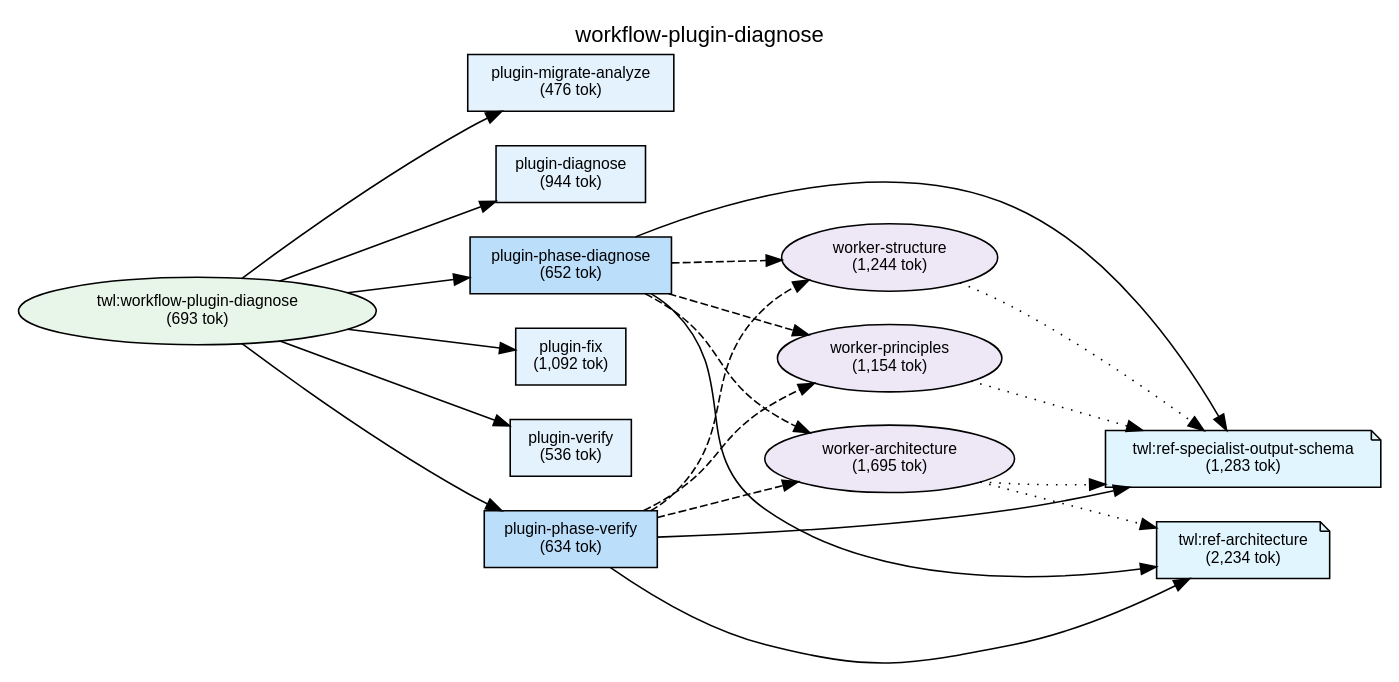
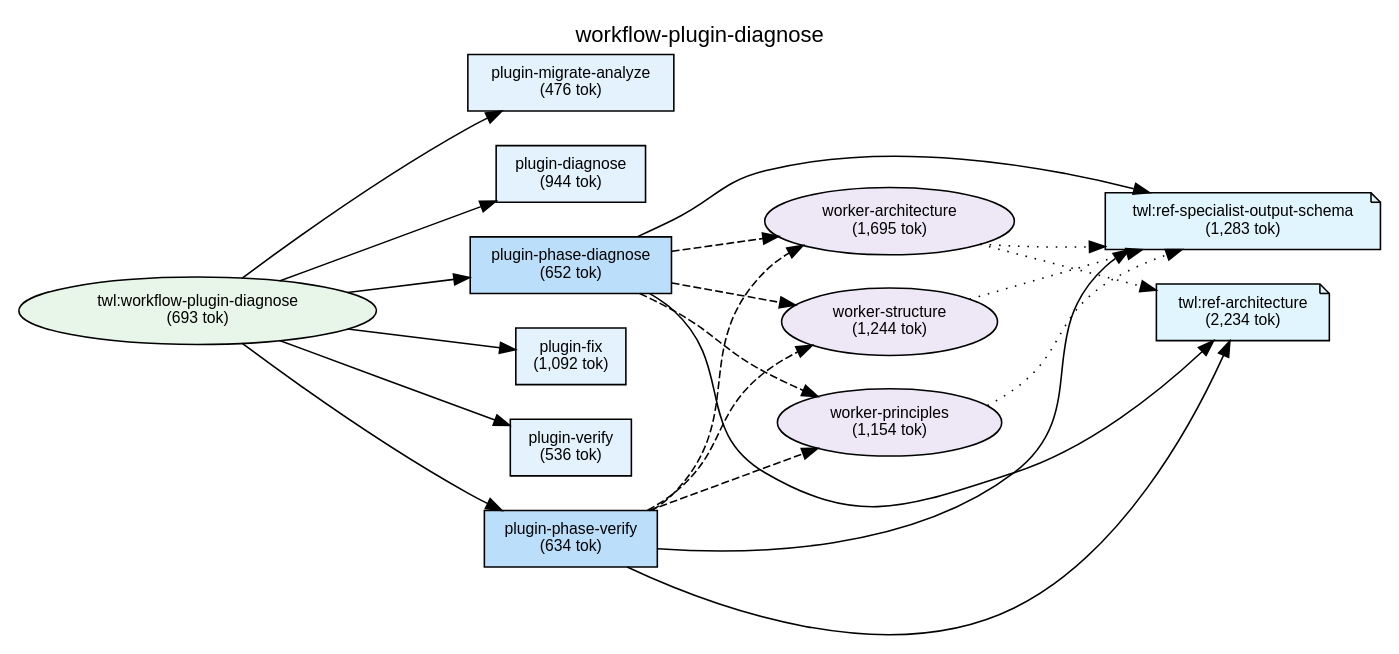
One commit to shuu5/twill changed the diagram in plugins/twl/docs/deps-workflow-plugin-diagnose.dot. Above: the diagram before and after it, drawn with Graphviz. The commit also changed 40 other files, not shown here.

```diff
--- a/plugins/twl/docs/deps-workflow-plugin-diagnose.dot
+++ b/plugins/twl/docs/deps-workflow-plugin-diagnose.dot
@@ -1,88 +1,91 @@
 digraph Dependencies {
     // Graph settings
     rankdir=LR;
     ranksep=0.8;
     nodesep=0.3;
     fontname="Helvetica";
     node [fontname="Helvetica", fontsize=10];
     edge [fontname="Helvetica", fontsize=9];
     label="workflow-plugin-diagnose";
     labelloc=t;
     fontsize=14;
 
     // L0: Controller Skills
 
     // L0: Launchers
 
     // L0.5: Workflow Skills
     skill_workflow_plugin_diagnose [label="twl:workflow-plugin-diagnose\n(693 tok)", shape=ellipse, style=filled, fillcolor="#e8f5e9"];
 
     // Reference Skills
     skill_ref_specialist_output_schema [label="twl:ref-specialist-output-schema\n(1,283 tok)", shape=note, style=filled, fillcolor="#e1f5fe"];
     skill_ref_architecture [label="twl:ref-architecture\n(2,234 tok)", shape=note, style=filled, fillcolor="#e1f5fe"];
 
     // L1: Direct Commands
     cmd_plugin_migrate_analyze [label="plugin-migrate-analyze\n(476 tok)", shape=box, style=filled, fillcolor="#e3f2fd"];
     cmd_plugin_diagnose [label="plugin-diagnose\n(944 tok)", shape=box, style=filled, fillcolor="#e3f2fd"];
     cmd_plugin_fix [label="plugin-fix\n(1,092 tok)", shape=box, style=filled, fillcolor="#e3f2fd"];
     cmd_plugin_verify [label="plugin-verify\n(536 tok)", shape=box, style=filled, fillcolor="#e3f2fd"];
     cmd_plugin_phase_diagnose [label="plugin-phase-diagnose\n(652 tok)", shape=box, style=filled, fillcolor="#bbdefb"];
     cmd_plugin_phase_verify [label="plugin-phase-verify\n(634 tok)", shape=box, style=filled, fillcolor="#bbdefb"];
 
     // L2: Sub Commands
 
     // L3: Agents
     agent_worker_structure [label="worker-structure\n(1,244 tok)", shape=ellipse, style=filled, fillcolor="#ede7f6"];
     agent_worker_principles [label="worker-principles\n(1,154 tok)", shape=ellipse, style=filled, fillcolor="#ede7f6"];
     agent_worker_architecture [label="worker-architecture\n(1,695 tok)", shape=ellipse, style=filled, fillcolor="#ede7f6"];
 
     // L3.5: Scripts
 
     // L4: External
 
     // Layer constraints
     { rank=same; skill_workflow_plugin_diagnose; }
     { rank=same; skill_ref_specialist_output_schema; skill_ref_architecture; }
     { rank=same; cmd_plugin_migrate_analyze; cmd_plugin_diagnose; cmd_plugin_fix; cmd_plugin_verify; cmd_plugin_phase_diagnose; cmd_plugin_phase_verify; }
     { rank=same; agent_worker_structure; agent_worker_principles; agent_worker_architecture; }
 
     // Edges
     skill_workflow_plugin_diagnose -> cmd_plugin_migrate_analyze;
     skill_workflow_plugin_diagnose -> cmd_plugin_diagnose;
     skill_workflow_plugin_diagnose -> cmd_plugin_phase_diagnose;
     skill_workflow_plugin_diagnose -> cmd_plugin_fix;
     skill_workflow_plugin_diagnose -> cmd_plugin_verify;
     skill_workflow_plugin_diagnose -> cmd_plugin_phase_verify;
     cmd_plugin_phase_diagnose -> agent_worker_structure [style=dashed];
     cmd_plugin_phase_diagnose -> agent_worker_principles [style=dashed];
     cmd_plugin_phase_diagnose -> agent_worker_architecture [style=dashed];
     cmd_plugin_phase_diagnose -> skill_ref_specialist_output_schema;
     cmd_plugin_phase_diagnose -> skill_ref_architecture;
     cmd_plugin_phase_verify -> agent_worker_structure [style=dashed];
     cmd_plugin_phase_verify -> agent_worker_principles [style=dashed];
     cmd_plugin_phase_verify -> agent_worker_architecture [style=dashed];
     cmd_plugin_phase_verify -> skill_ref_specialist_output_schema;
     cmd_plugin_phase_verify -> skill_ref_architecture;
     agent_worker_structure -> skill_ref_specialist_output_schema [style=dotted];
     agent_worker_principles -> skill_ref_specialist_output_schema [style=dotted];
     agent_worker_architecture -> skill_ref_specialist_output_schema [style=dotted];
     agent_worker_architecture -> skill_ref_architecture [style=dotted];
 
     // Ordering constraints (invisible edges)
     cmd_plugin_migrate_analyze -> cmd_plugin_diagnose [style=invis, weight=10];
     cmd_plugin_diagnose -> cmd_plugin_phase_diagnose [style=invis, weight=10];
     cmd_plugin_phase_diagnose -> cmd_plugin_fix [style=invis, weight=10];
     cmd_plugin_fix -> cmd_plugin_verify [style=invis, weight=10];
     cmd_plugin_verify -> cmd_plugin_phase_verify [style=invis, weight=10];
     agent_worker_structure -> agent_worker_principles [style=invis, weight=10];
     agent_worker_principles -> agent_worker_architecture [style=invis, weight=10];
     agent_worker_architecture -> skill_ref_specialist_output_schema [style=invis, weight=10];
     skill_ref_specialist_output_schema -> skill_ref_architecture [style=invis, weight=10];
     agent_worker_structure -> agent_worker_principles [style=invis, weight=10];
     agent_worker_principles -> agent_worker_architecture [style=invis, weight=10];
     agent_worker_architecture -> skill_ref_specialist_output_schema [style=invis, weight=10];
     skill_ref_specialist_output_schema -> skill_ref_architecture [style=invis, weight=10];
     agent_worker_structure -> agent_worker_principles [style=invis, weight=10];
+    agent_worker_architecture -> agent_worker_structure [style=invis, weight=10];
+    agent_worker_structure -> agent_worker_principles [style=invis, weight=10];
+    agent_worker_principles -> skill_ref_specialist_output_schema [style=invis, weight=10];
     agent_worker_structure -> agent_worker_principles [style=invis, weight=10];
 
 }
```
